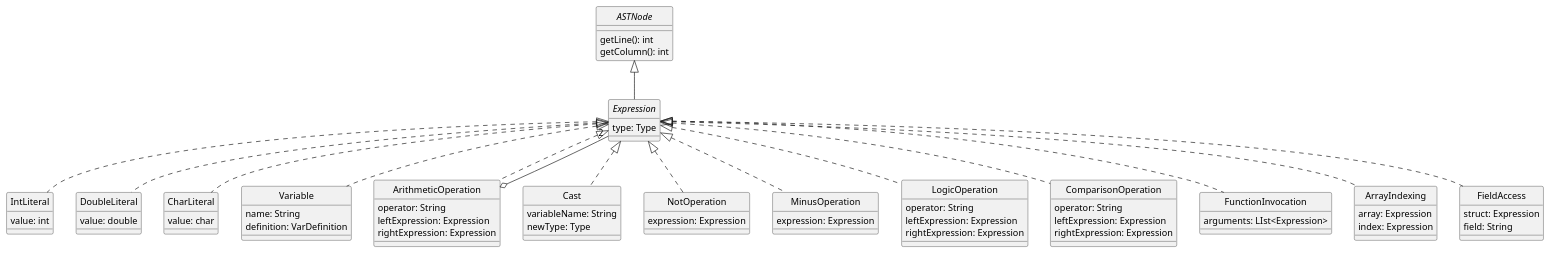
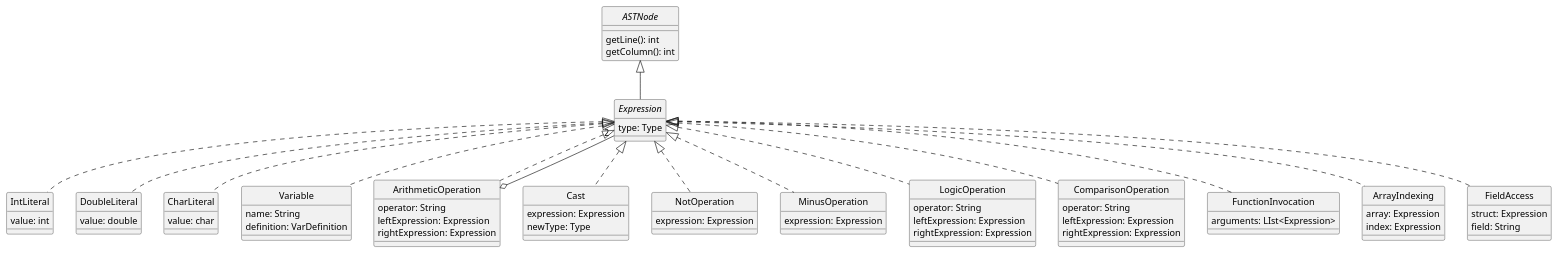
The diagram in docs/diagrams/expressions.plantuml (DavidGonzalezFernandez/dlp-compiler), drawn with PlantUML before and after one commit.

Commit message:
Modifico Cast en el diagrama UML

```diff
--- a/docs/diagrams/expressions.plantuml
+++ b/docs/diagrams/expressions.plantuml
@@ -1,114 +1,114 @@
 @startuml Expressions
 skinparam style strictuml
 skinparam monochrome true
 
 
 interface ASTNode {
     getLine(): int
     getColumn(): int
 }
 
 interface Expression {
     type: Type
 }
 ASTNode <|-- Expression
 
 
 class IntLiteral {
     value: int
 }
 Expression <|.. IntLiteral
 
 
 class DoubleLiteral {
     value: double
 }
 Expression <|.. DoubleLiteral
 
 
 class CharLiteral {
     value: char
 }
 Expression <|.. CharLiteral
 
 
 class Variable {
     name: String
     definition: VarDefinition
 }
 Expression <|.. Variable
 
 
 class ArithmeticOperation {
     operator: String
     leftExpression: Expression
     rightExpression: Expression
 }
 Expression <|.. ArithmeticOperation
 ArithmeticOperation o-- "2" Expression
 
 
 ' La conversión explícita a tipos simples se podrá realizar usando la palabra clave as
 class Cast {
-    variableName: String    /'TODO ¿es un String o una expresión?'/
+    expression: Expression
     newType: Type   /'Tiene que ser de tipo simple'/
 }
 Expression <|.. Cast
 
 
 ' Las operaciones NOT y MINUS no se ponen en la misma clase
 class NotOperation {
     ' No necesita especificar el operador
     expression: Expression
 }
 Expression <|.. NotOperation
 
 
 class MinusOperation {
     ' No necesita especificar el operador
     expression: Expression
 }
 Expression <|.. MinusOperation
 
 
 ' Operaciones de comparación y lógicas no son iguales
 class LogicOperation {
     operator: String
     leftExpression: Expression
     rightExpression: Expression
 }
 Expression <|.. LogicOperation
 
 
 class ComparisonOperation {
     operator: String
     leftExpression: Expression
     rightExpression: Expression
 }
 Expression <|.. ComparisonOperation
 
 
 ' Una función puede no devolver nada, tiene tipo de retorno Void
 ' Se puede invocar a una función y no almacenar lo que devuelve
 ' Sea como sea, devuelve algo, así que es una expresión
 class FunctionInvocation {
     arguments: LIst<Expression>
 }
 Expression <|.. FunctionInvocation
 
 
 class ArrayIndexing {
     array: Expression       /'TODO qué tipo es'/
     index: Expression
 }
 Expression <|.. ArrayIndexing
 
 
 class FieldAccess {
     struct: Expression      /'TODO qué tipo es'/
     field: String
 }
 Expression <|.. FieldAccess
 
 
 @enduml
```
